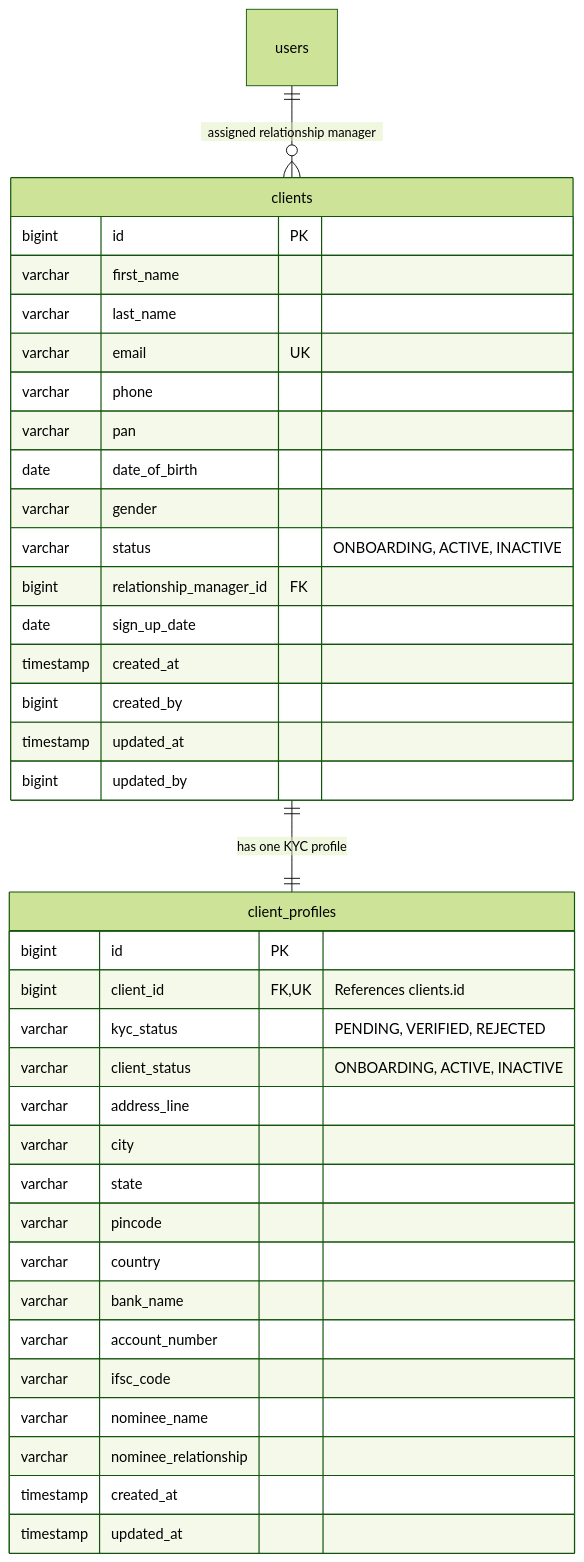
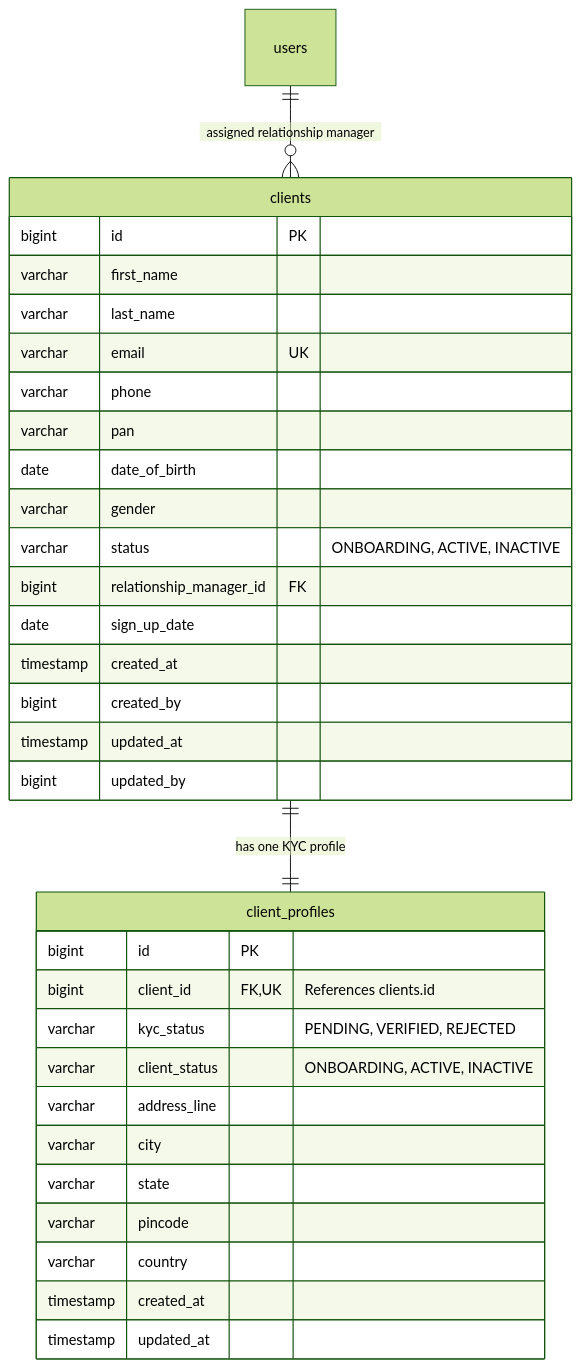
The fifth of 5 diagrams in docs/Java_Draft.md (NatsuDrag9/wealth-tech-crm), drawn with Mermaid (forest theme) before and after one commit. The commit also changed other lines of this file, not shown here.

Commit message:
docs: add 5-line database architecture and normalization summary to Java_Draft.md

````diff
--- a/docs/Java_Draft.md
+++ b/docs/Java_Draft.md
@@ -201,42 +201,37 @@
 ```mermaid
 erDiagram
     users ||--o{ clients : "assigned relationship manager"
     clients ||--|| client_profiles : "has one KYC profile"
 
     clients {
         bigint id PK
         varchar first_name
         varchar last_name
         varchar email UK
         varchar phone
         varchar pan
         date date_of_birth
         varchar gender
         varchar status "ONBOARDING, ACTIVE, INACTIVE"
         bigint relationship_manager_id FK
         date sign_up_date
         timestamp created_at
         bigint created_by
         timestamp updated_at
         bigint updated_by
     }
 
     client_profiles {
         bigint id PK
         bigint client_id FK,UK "References clients.id"
         varchar kyc_status "PENDING, VERIFIED, REJECTED"
         varchar client_status "ONBOARDING, ACTIVE, INACTIVE"
         varchar address_line
         varchar city
         varchar state
         varchar pincode
         varchar country
-        varchar bank_name
-        varchar account_number
-        varchar ifsc_code
-        varchar nominee_name
-        varchar nominee_relationship
         timestamp created_at
         timestamp updated_at
     }
 ```
````
